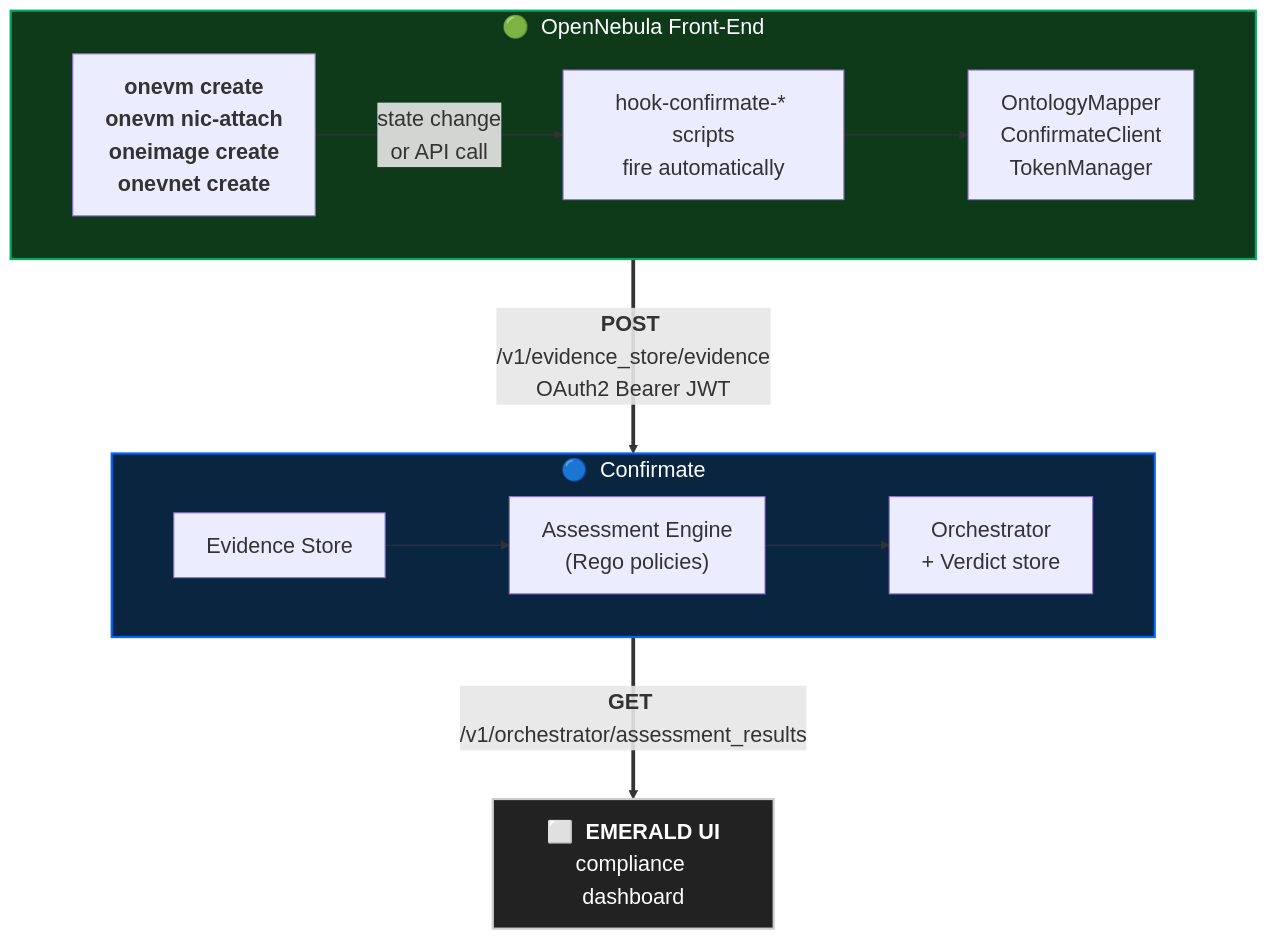
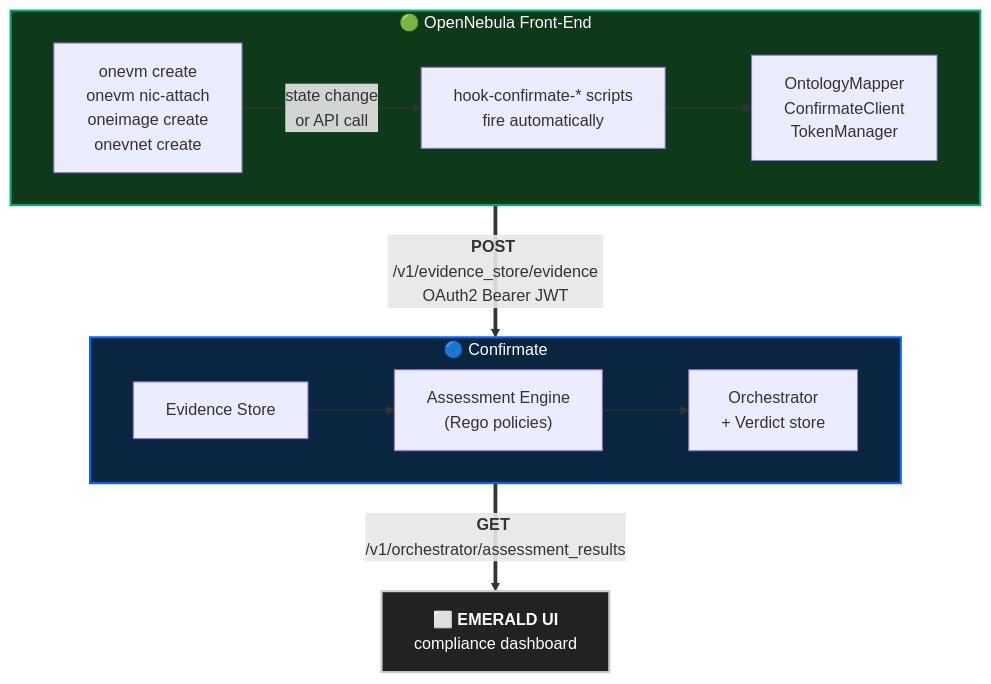
The diagram in README.md (pablodelarco/addon-confirmate-evidence), drawn with Mermaid before and after one commit.

Commit message:
Tune diagram size: balance between previous too-small and too-big
Keeps the TB layout from the last change (that's what fixed
"barely visible") but dials the size knobs much closer to defaults:

  fontSize    20px -> 15px   (default is 14)
  nodeSpacing 60   -> 40     (default 50)
  rankSpacing 90   -> 55     (default 50)

Also drops <b> from the OpenNebula action list — bolding every word
defeats the purpose. Bold stays only on POST / GET / EMERALD UI where
it actually draws the eye.

````diff
--- a/README.md
+++ b/README.md
@@ -24,33 +24,33 @@
 ```mermaid
-%%{init: {"flowchart": {"nodeSpacing": 60, "rankSpacing": 90, "curve": "basis"}, "themeVariables": {"fontSize": "20px"}}}%%
+%%{init: {"flowchart": {"nodeSpacing": 40, "rankSpacing": 55, "curve": "basis"}, "themeVariables": {"fontSize": "15px"}}}%%
 flowchart TB
-    subgraph ONE["🟢 &nbsp;OpenNebula Front-End"]
+    subgraph ONE["🟢 OpenNebula Front-End"]
         direction LR
-        ACT["<b>onevm create</b><br/><b>onevm nic-attach</b><br/><b>oneimage create</b><br/><b>onevnet create</b>"]
+        ACT["onevm create<br/>onevm nic-attach<br/>oneimage create<br/>onevnet create"]
         HOOK["hook-confirmate-* scripts<br/>fire automatically"]
         LIB["OntologyMapper<br/>ConfirmateClient<br/>TokenManager"]
         ACT -->|"state change<br/>or API call"| HOOK
         HOOK --> LIB
     end
 
-    subgraph CF["🔵 &nbsp;Confirmate"]
+    subgraph CF["🔵 Confirmate"]
         direction LR
         EV["Evidence Store"]
         AS["Assessment Engine<br/>(Rego policies)"]
         OR["Orchestrator<br/>+ Verdict store"]
         EV --> AS --> OR
     end
 
-    UI["⬜ &nbsp;<b>EMERALD UI</b><br/>compliance dashboard"]
+    UI["⬜ <b>EMERALD UI</b><br/>compliance dashboard"]
 
     LIB ==>|"<b>POST</b> /v1/evidence_store/evidence<br/>OAuth2 Bearer JWT"| EV
     OR ==>|"<b>GET</b> /v1/orchestrator/assessment_results"| UI
 
     classDef oneStyle fill:#0e3a1a,stroke:#0a6,stroke-width:2px,color:#fff
     classDef cfStyle  fill:#0a2540,stroke:#06f,stroke-width:2px,color:#fff
     classDef uiStyle  fill:#222,stroke:#ccc,stroke-width:2px,color:#fff
 
     class ONE oneStyle
     class CF cfStyle
     class UI uiStyle
 ```
````
